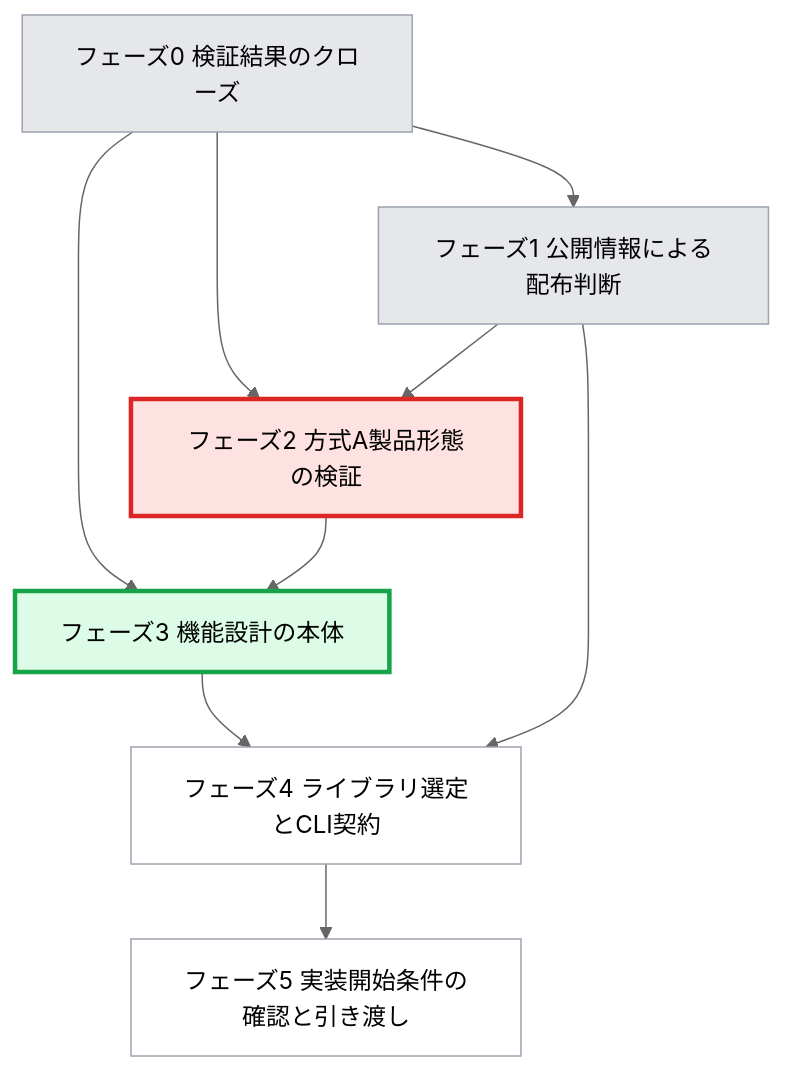
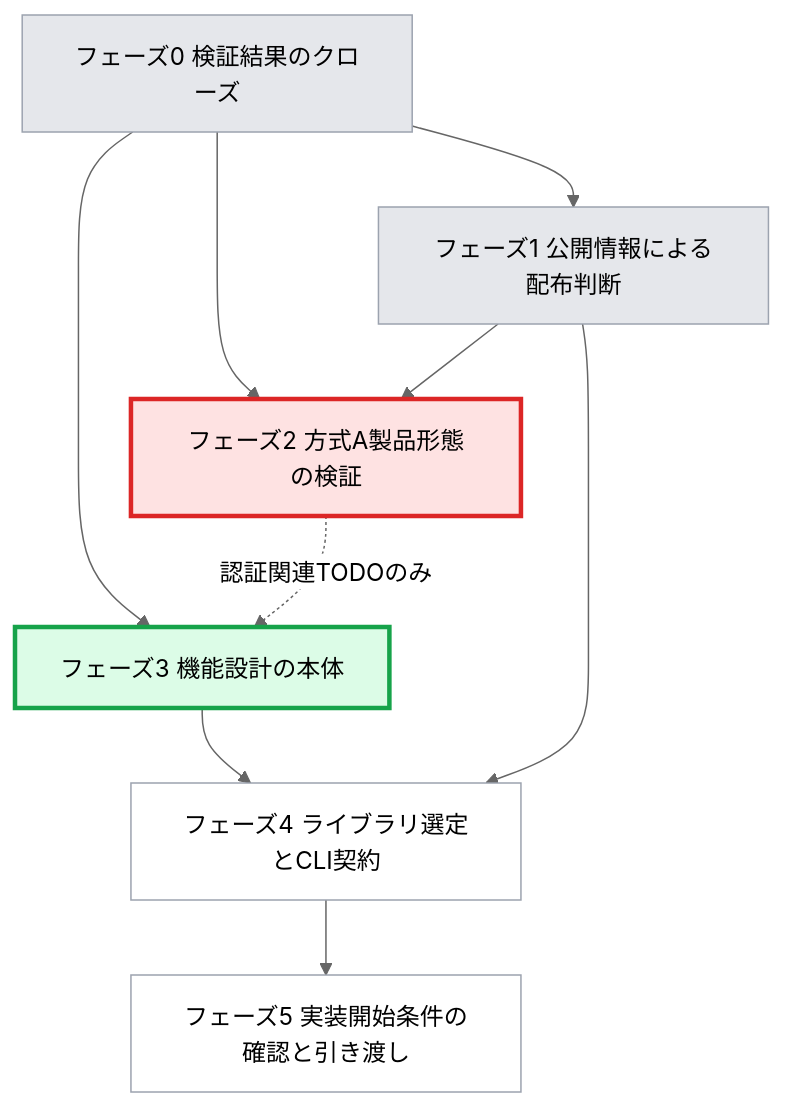
Before and after one commit to mgmaru/algo-loom-design: the second of 2 diagrams in TODO.md, drawn with Mermaid (neutral theme). The commit also changed other lines of this file, not shown here.

````diff
--- a/TODO.md
+++ b/TODO.md
@@ -122,18 +124,18 @@
 ```mermaid
 flowchart TD
     P0[フェーズ0 検証結果のクローズ] --> P3[フェーズ3 機能設計の本体]
     P0 --> P1[フェーズ1 公開情報による配布判断]
     P0 --> P2[フェーズ2 方式A製品形態の検証]
     P1 --> P2
-    P2 --> P3
+    P2 -. 認証関連TODOのみ .-> P3
     P3 --> P4[フェーズ4 ライブラリ選定とCLI契約]
     P1 --> P4
     P4 --> P5[フェーズ5 実装開始条件の確認と引き渡し]
 
     style P0 fill:#e5e7eb,stroke:#9ca3af
     style P1 fill:#e5e7eb,stroke:#9ca3af
     style P2 fill:#fee2e2,stroke:#dc2626,stroke-width:3px
     style P3 fill:#dcfce7,stroke:#16a34a,stroke-width:3px
     style P4 fill:#ffffff,stroke:#9ca3af
     style P5 fill:#ffffff,stroke:#9ca3af
 ```
````
